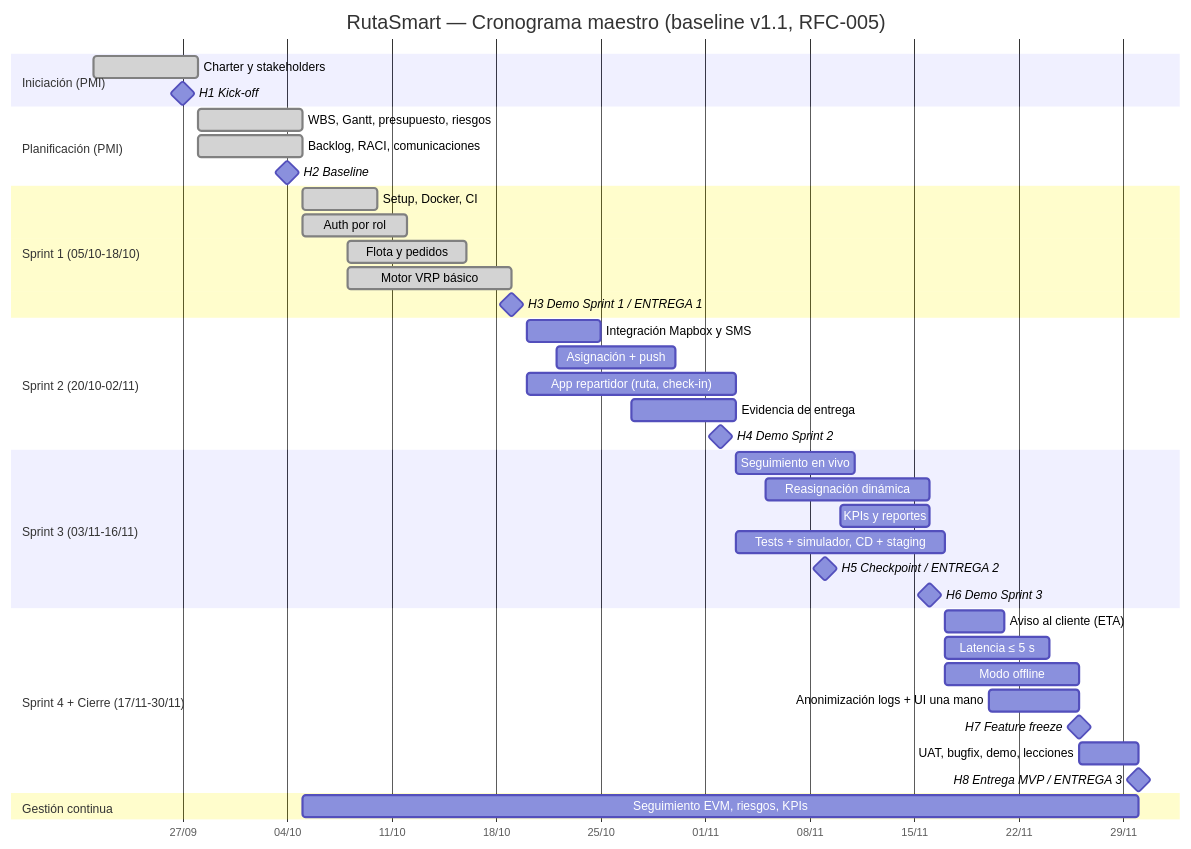
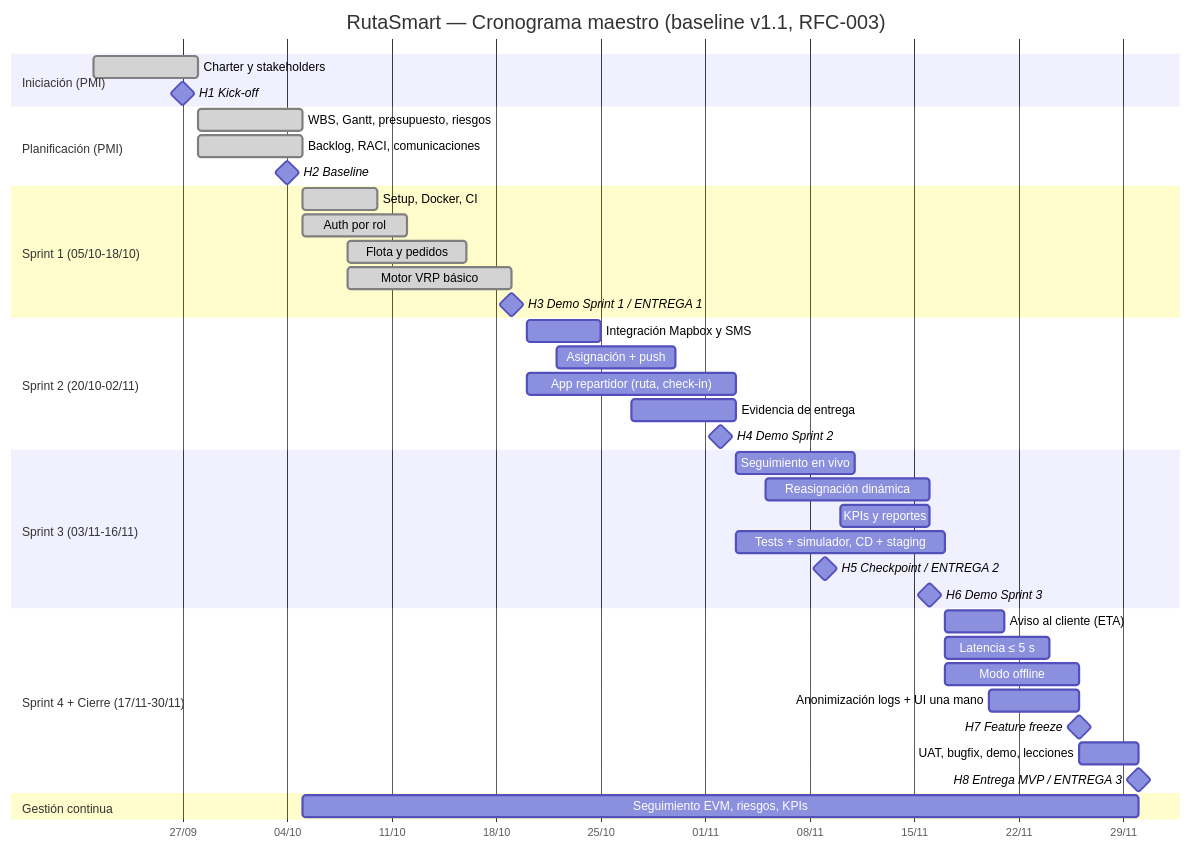
One commit to Gaby20785/RutaSmart changed the diagram in docs/03_WBS_Cronograma.md. Above: the diagram before and after it, drawn with Mermaid. The commit also changed other lines of this file and 7 other files, not shown here.

````diff
--- a/docs/03_WBS_Cronograma.md
+++ b/docs/03_WBS_Cronograma.md
@@ -120,49 +120,49 @@
 ```mermaid
 gantt
-    title RutaSmart — Cronograma maestro (baseline v1.1, RFC-005)
+    title RutaSmart — Cronograma maestro (baseline v1.1, RFC-003)
     dateFormat YYYY-MM-DD
     axisFormat %d/%m
 
     section Iniciación (PMI)
     Charter y stakeholders           :done, a1, 2026-09-21, 7d
     H1 Kick-off                      :milestone, m1, 2026-09-27, 0d
 
     section Planificación (PMI)
     WBS, Gantt, presupuesto, riesgos :done, a2, 2026-09-28, 7d
     Backlog, RACI, comunicaciones    :done, a3, 2026-09-28, 7d
     H2 Baseline                      :milestone, m2, 2026-10-04, 0d
 
     section Sprint 1 (05/10-18/10)
     Setup, Docker, CI                :done, s1a, 2026-10-05, 5d
     Auth por rol                     :done, s1b, 2026-10-05, 7d
     Flota y pedidos                  :done, s1c, 2026-10-08, 8d
     Motor VRP básico                 :done, s1d, 2026-10-08, 11d
     H3 Demo Sprint 1 / ENTREGA 1     :milestone, m3, 2026-10-19, 0d
 
     section Sprint 2 (20/10-02/11)
     Integración Mapbox y SMS         :s2a, 2026-10-20, 5d
     Asignación + push                :s2b, 2026-10-22, 8d
     App repartidor (ruta, check-in)  :s2c, 2026-10-20, 14d
     Evidencia de entrega             :s2d, 2026-10-27, 7d
     H4 Demo Sprint 2                 :milestone, m4, 2026-11-02, 0d
 
     section Sprint 3 (03/11-16/11)
     Seguimiento en vivo              :s3a, 2026-11-03, 8d
     Reasignación dinámica            :s3b, 2026-11-05, 11d
     KPIs y reportes                  :s3c, 2026-11-10, 6d
     Tests + simulador, CD + staging  :s3d, 2026-11-03, 14d
     H5 Checkpoint / ENTREGA 2        :milestone, m5, 2026-11-09, 0d
     H6 Demo Sprint 3                 :milestone, m6, 2026-11-16, 0d
 
     section Sprint 4 + Cierre (17/11-30/11)
     Aviso al cliente (ETA)           :s4a, 2026-11-17, 4d
     Latencia ≤ 5 s                   :s4b, 2026-11-17, 7d
     Modo offline                     :s4c, 2026-11-17, 9d
     Anonimización logs + UI una mano :s4d, 2026-11-20, 6d
     H7 Feature freeze                :milestone, m7, 2026-11-26, 0d
     UAT, bugfix, demo, lecciones     :c1, 2026-11-26, 4d
     H8 Entrega MVP / ENTREGA 3       :milestone, m8, 2026-11-30, 0d
 
     section Gestión continua
     Seguimiento EVM, riesgos, KPIs   :g1, 2026-10-05, 56d
 ```
````
